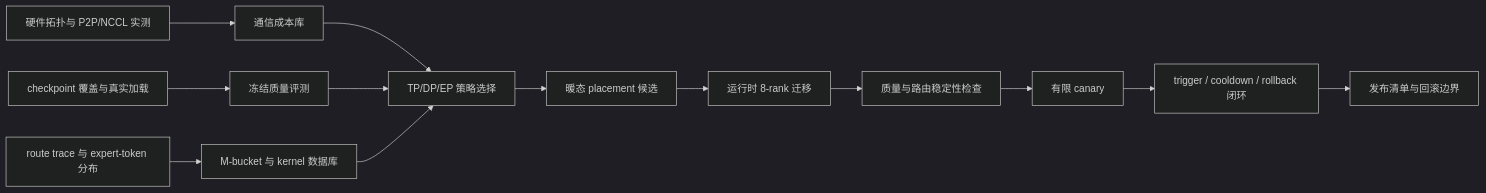
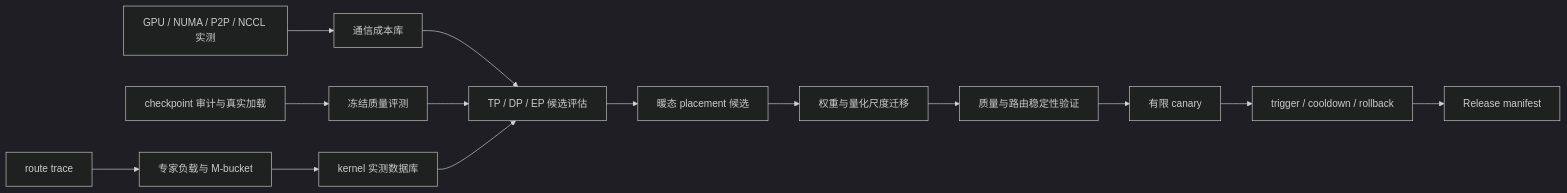
Before and after one commit to lcj1111/moe: the diagram in README.md, drawn with Mermaid (dark theme). The commit also changed other lines of this file and 125 other files, not shown here.

````diff
--- a/README.md
+++ b/README.md
@@ -38,15 +78,16 @@
 ```mermaid
 flowchart LR
-    A[硬件拓扑与 P2P/NCCL 实测] --> B[通信成本库]
-    C[checkpoint 覆盖与真实加载] --> D[冻结质量评测]
-    E[route trace 与 expert-token 分布] --> F[M-bucket 与 kernel 数据库]
-    B --> G[TP/DP/EP 策略选择]
-    D --> G
-    F --> G
-    G --> H[暖态 placement 候选]
-    H --> I[运行时 8-rank 迁移]
-    I --> J[质量与路由稳定性检查]
-    J --> K[有限 canary]
-    K --> L[trigger / cooldown / rollback 闭环]
-    L --> M[发布清单与回滚边界]
+    A[GPU / NUMA / P2P / NCCL 实测] --> B[通信成本库]
+    C[checkpoint 审计与真实加载] --> D[冻结质量评测]
+    E[route trace] --> F[专家负载与 M-bucket]
+    F --> G[kernel 实测数据库]
+    B --> H[TP / DP / EP 候选评估]
+    D --> H
+    G --> H
+    H --> I[暖态 placement 候选]
+    I --> J[权重与量化尺度迁移]
+    J --> K[质量与路由稳定性验证]
+    K --> L[有限 canary]
+    L --> M[trigger / cooldown / rollback]
+    M --> N[Release manifest]
 ```
````
